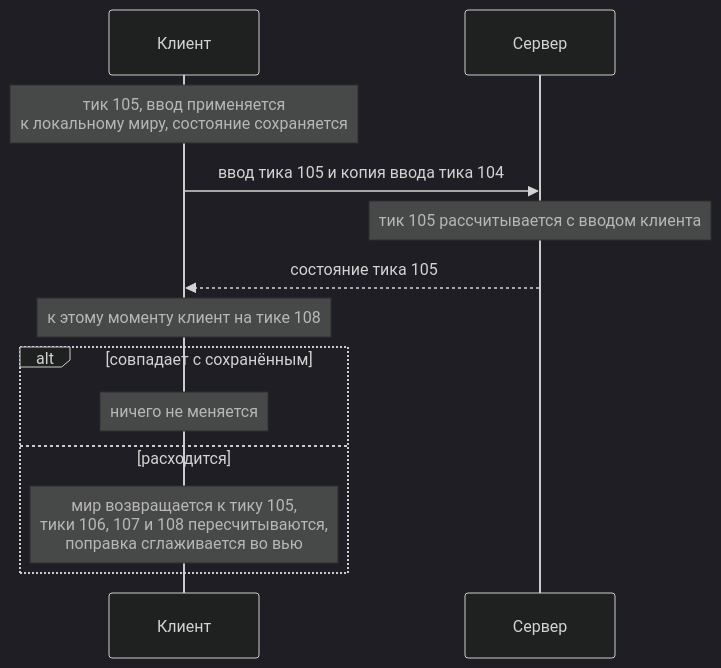
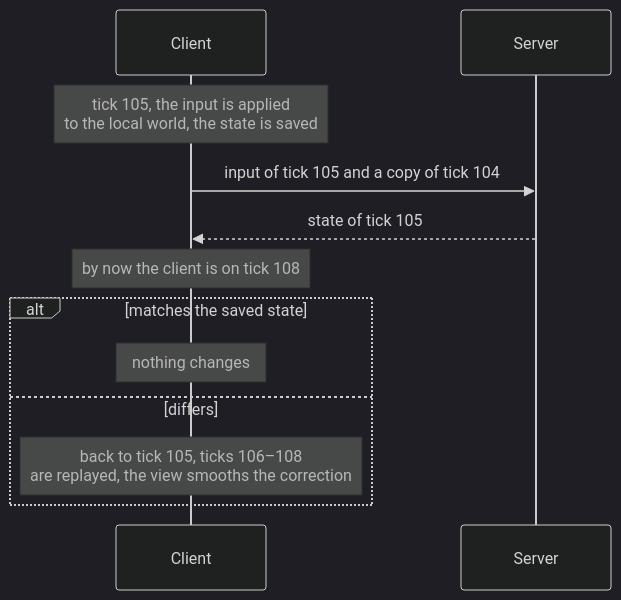
Before and after one commit to pndte/match-please: the fifth of 8 diagrams in README.md, drawn with Mermaid (dark theme). The commit also changed other lines of this file, not shown here.

````diff
--- a/README.md
+++ b/README.md
@@ -601,15 +509,14 @@
 ```mermaid
 sequenceDiagram
-    participant C as Клиент
-    participant S as Сервер
-    Note over C: тик 105, ввод применяется<br/>к локальному миру, состояние сохраняется
-    C->>S: ввод тика 105 и копия ввода тика 104
-    Note over S: тик 105 рассчитывается с вводом клиента
-    S-->>C: состояние тика 105
-    Note over C: к этому моменту клиент на тике 108
-    alt совпадает с сохранённым
-        Note over C: ничего не меняется
-    else расходится
-        Note over C: мир возвращается к тику 105,<br/>тики 106, 107 и 108 пересчитываются,<br/>поправка сглаживается во вью
+    participant C as Client
+    participant S as Server
+    Note over C: tick 105, the input is applied<br/>to the local world, the state is saved
+    C->>S: input of tick 105 and a copy of tick 104
+    S-->>C: state of tick 105
+    Note over C: by now the client is on tick 108
+    alt matches the saved state
+        Note over C: nothing changes
+    else differs
+        Note over C: back to tick 105, ticks 106–108<br/>are replayed, the view smooths the correction
     end
 ```
````
